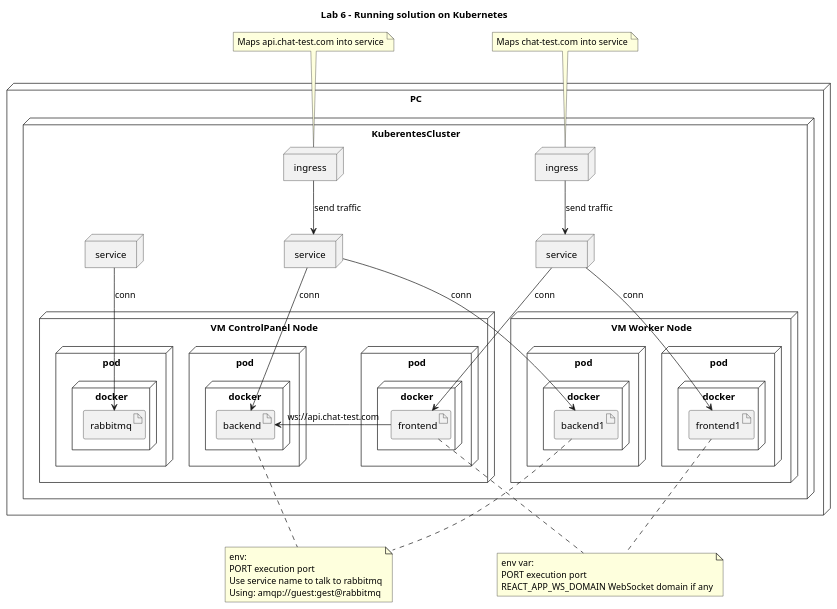
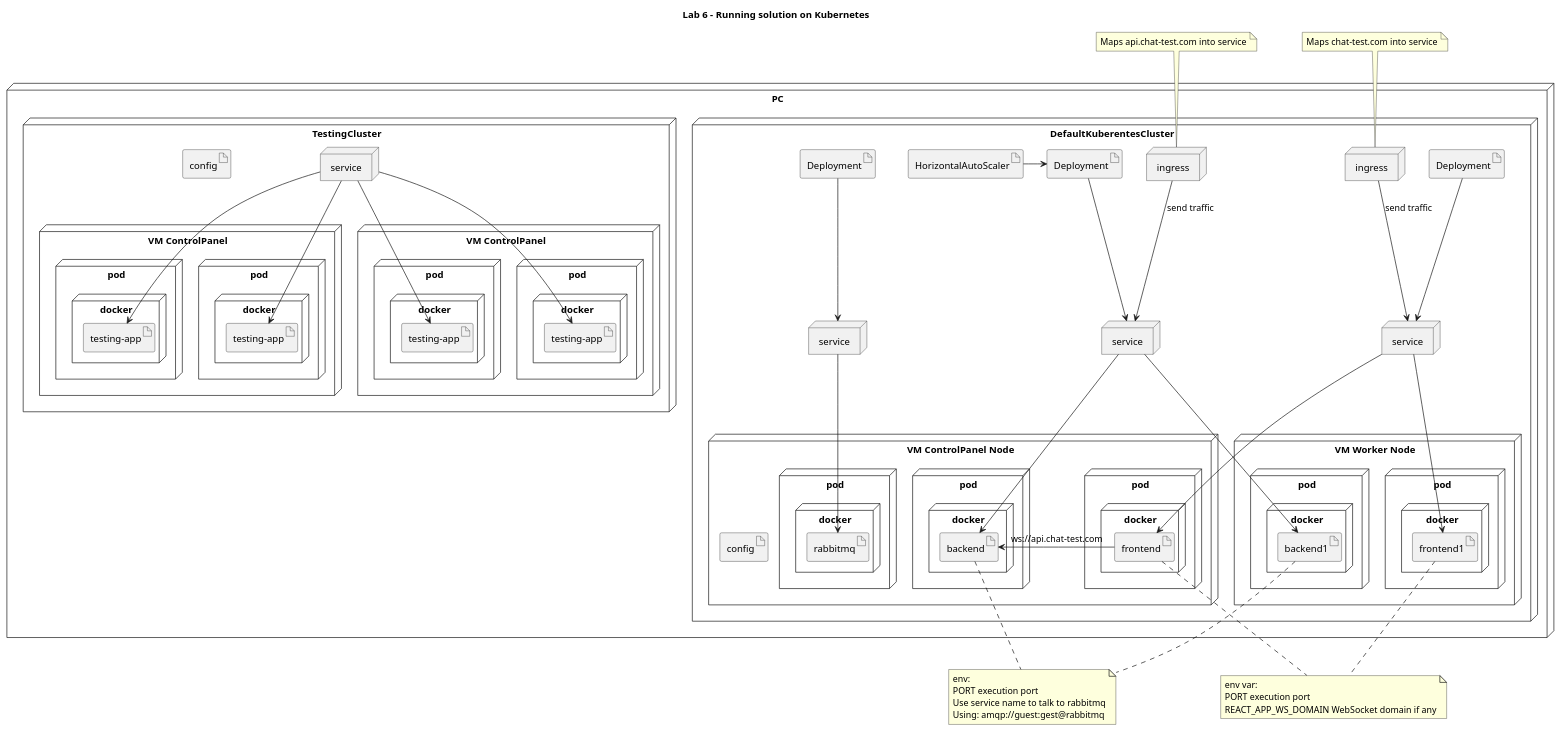
One commit to eftech93/chat-test-lab changed the diagram in lab-8/lab-diagrams/diagram-lab-1.wsd. Above: the diagram before and after it, drawn with PlantUML. The commit also changed 8 other files, not shown here.

```diff
--- a/lab-8/lab-diagrams/diagram-lab-1.wsd
+++ b/lab-8/lab-diagrams/diagram-lab-1.wsd
@@ -1,86 +1,138 @@
 @startuml
 title "Lab 6 - Running solution on Kubernetes"
 node PC {
 
-    node KuberentesCluster{
+    node DefaultKuberentesCluster{
 
-        node ingress as IngressFrontend{
-        }
+        node ingress as IngressFrontend { 
+        } 
 
         node ingress as IngressBackend{
         }
 
+        artifact HorizontalAutoScaler as HASBackend
+
+        artifact Deployment as DeploymentBackend
+
         node service as ServiceFrontend{
         }
 
+        artifact Deployment as DeploymentFrontend
+
         node service as ServiceBackend{
         }
+
+        artifact Deployment as DeploymentBroker
 
         node service as ServiceBroker{
         }
 
         node "VM ControlPanel Node"  as MinikubeNode{
-            node pod as BackendPod{
+            artifact config as ConfigApp
+
+            node pod as BackendPod {
                 node docker as BackendDocker{
                     artifact backend
                 }
             }
             node pod as FrontendPod{
                 node docker as FrontDocker{
                     artifact frontend
                 }
             }
             node pod as RabbitMQPod {
                 node docker as RabbitMQDocker{
                     artifact rabbitmq
                 }
             }
         }
         node "VM Worker Node" as MinikubeNode1{
             node pod as BackendPod1{
                 node docker as BackendDocker1{
                     artifact backend1
                 }
             }
             node pod as FrontendPod1{
                 node docker as FrontDocker1{
                     artifact frontend1
                 }
             }
         }
     }
+
+    node TestingCluster {
+        node service as ServiceTest 
+        artifact config as ConfigTestApp
+        node "VM ControlPanel" as TestingProfile1{
+            node pod as TestingPod1{
+                node docker as TestingDocker1{
+                    artifact "testing-app" as testingapp1
+                }
+            }
+            node pod as TestingPod2{
+                node docker as TestingDocker2{
+                    artifact "testing-app" as testingapp2
+                }
+            }
+        }
+
+
+        node "VM ControlPanel" as TestingProfile2{
+            node pod as TestingPod3{
+                node docker as TestingDocker3{
+                    artifact "testing-app" as testingapp3
+                }
+            }
+            node pod as TestingPod4{
+                node docker as TestingDocker4{
+                    artifact "testing-app" as testingapp4
+                }
+            }
+        }
+    }
 }
 
 IngressFrontend --> ServiceFrontend: send traffic
 IngressBackend --> ServiceBackend: send traffic
 
-ServiceBackend --> backend: conn
-ServiceBackend --> backend1: conn
+HASBackend -> DeploymentBackend
+DeploymentBackend --> ServiceBackend
 
-ServiceFrontend --> frontend:  conn
-ServiceFrontend --> frontend1:  conn
+ServiceBackend --> backend
+ServiceBackend --> backend1
 
-ServiceBroker --> rabbitmq: conn
+DeploymentFrontend --> ServiceFrontend
+
+ServiceFrontend --> frontend
+ServiceFrontend --> frontend1
+
+DeploymentBroker --> ServiceBroker
+ServiceBroker --> rabbitmq
 
 frontend -> backend: ws://api.chat-test.com
 
 note top of IngressBackend
 Maps api.chat-test.com into service
 endnote
 
 note top of IngressFrontend
 Maps chat-test.com into service
 endnote
 
 
 note "env:\nPORT execution port\nUse service name to talk to rabbitmq\nUsing: amqp://guest:gest@rabbitmq" as backend_note
 
 backend .. backend_note
 backend1 .. backend_note
 
 note "env var:\nPORT execution port\nREACT_APP_WS_DOMAIN WebSocket domain if any" as frontend_note
 
 frontend .. frontend_note
 frontend1 .. frontend_note
 
+ServiceTest --> testingapp1
+ServiceTest --> testingapp2
+ServiceTest --> testingapp3
+ServiceTest --> testingapp4
+
 @enduml
```
